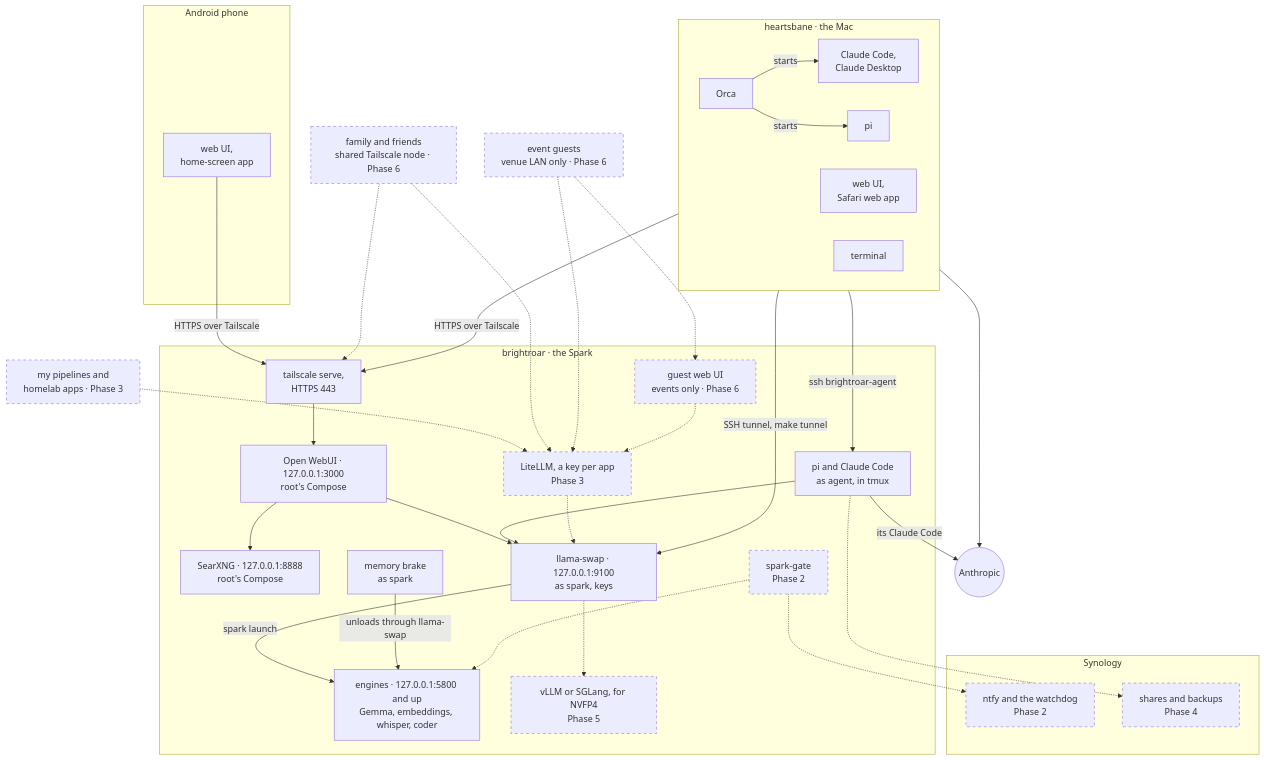
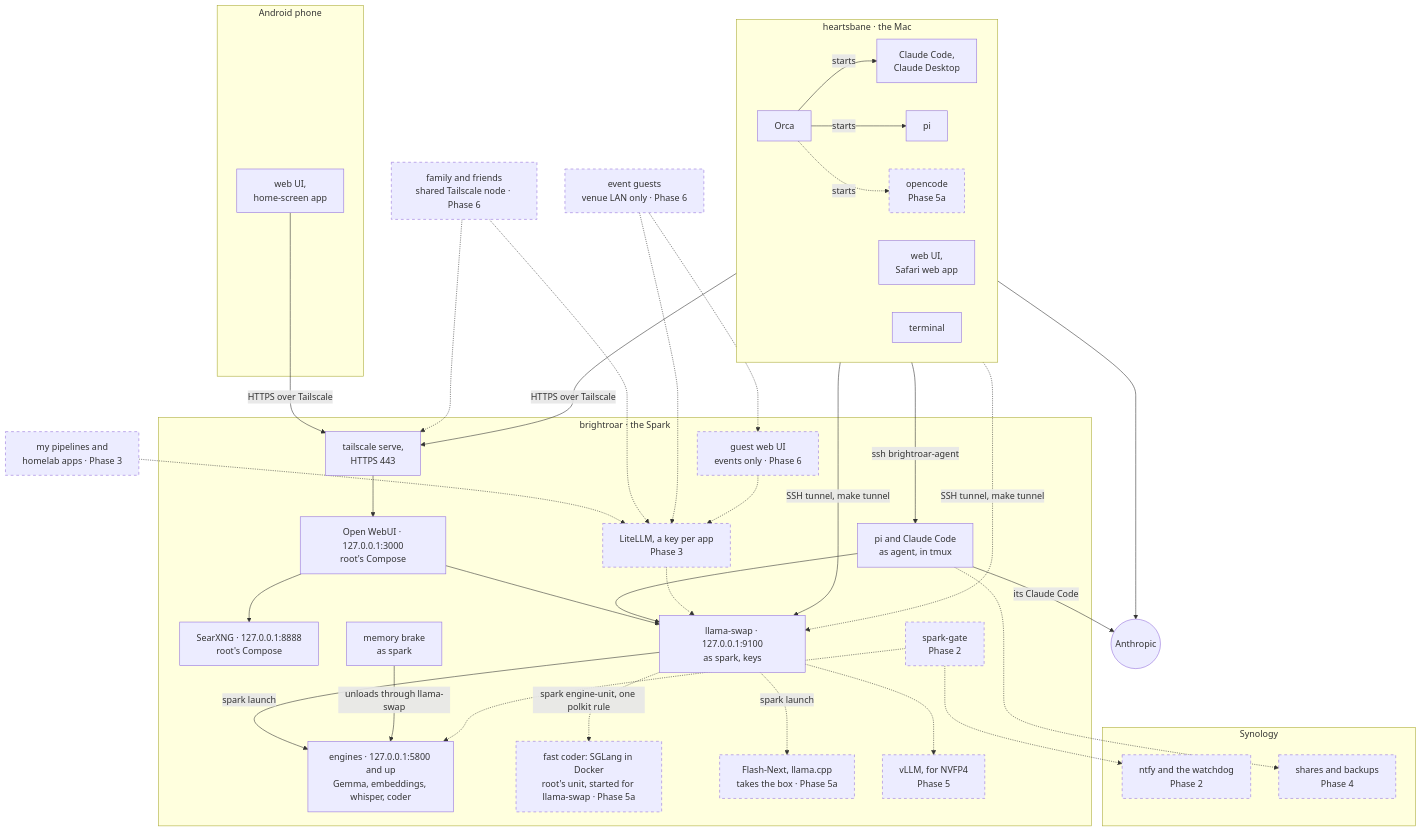
One commit to chendaniely/local-ai changed the first of 4 diagrams in website/architecture.qmd. Above: the diagram before and after it, drawn with Mermaid. The commit also changed other lines of this file and 10 other files, not shown here.

````diff
--- a/website/architecture.qmd
+++ b/website/architecture.qmd
@@ -17,67 +17,74 @@
 ```{mermaid}
 flowchart TB
   classDef planned stroke-dasharray: 5 5
 
   subgraph mac["heartsbane · the Mac"]
     direction LR
     orca["Orca"]
     claude_mac["Claude Code,<br/>Claude Desktop"]
     pi_mac["pi"]
+    oc_mac["opencode<br/>Phase 5a"]:::planned
     webapp["web UI,<br/>Safari web app"]
     term["terminal"]
   end
 
   subgraph phone["Android phone"]
     pwa["web UI,<br/>home-screen app"]
   end
 
   anthropic(("Anthropic"))
   apps["my pipelines and<br/>homelab apps · Phase 3"]:::planned
   family["family and friends<br/>shared Tailscale node · Phase 6"]:::planned
   guests["event guests<br/>venue LAN only · Phase 6"]:::planned
 
   subgraph spark["brightroar · the Spark"]
     tss["tailscale serve,<br/>HTTPS 443"]
     guestui["guest web UI<br/>events only · Phase 6"]:::planned
     owui["Open WebUI · 127.0.0.1:3000<br/>root's Compose"]
     searx["SearXNG · 127.0.0.1:8888<br/>root's Compose"]
     agent_tmux["pi and Claude Code<br/>as agent, in tmux"]
     litellm["LiteLLM, a key per app<br/>Phase 3"]:::planned
     swap["llama-swap · 127.0.0.1:9100<br/>as spark, keys"]
     gate["spark-gate<br/>Phase 2"]:::planned
     brake["memory brake<br/>as spark"]
     engines["engines · 127.0.0.1:5800 and up<br/>Gemma, embeddings, whisper, coder"]
-    vllm["vLLM or SGLang, for NVFP4<br/>Phase 5"]:::planned
+    sglang["fast coder: SGLang in Docker<br/>root's unit, started for llama-swap · Phase 5a"]:::planned
+    flash["Flash-Next, llama.cpp<br/>takes the box · Phase 5a"]:::planned
+    vllm["vLLM, for NVFP4<br/>Phase 5"]:::planned
   end
 
   subgraph nas["Synology"]
     ntfy["ntfy and the watchdog<br/>Phase 2"]:::planned
     shares["shares and backups<br/>Phase 4"]:::planned
   end
 
   orca -- starts --> claude_mac
   orca -- starts --> pi_mac
+  orca -. starts .-> oc_mac
   claude_mac --> anthropic
   webapp -- "HTTPS over Tailscale" --> tss
   pwa -- "HTTPS over Tailscale" --> tss
   pi_mac -- "SSH tunnel, make tunnel" --> swap
+  oc_mac -. "SSH tunnel, make tunnel" .-> swap
   term -- "ssh brightroar-agent" --> agent_tmux
   tss --> owui
   owui --> searx
   owui --> swap
   agent_tmux --> swap
   agent_tmux -- "its Claude Code" --> anthropic
   apps -.-> litellm
   family -.-> tss
   family -.-> litellm
   guests -.-> guestui
   guests -.-> litellm
   guestui -.-> litellm
   litellm -.-> swap
   swap -- "spark launch" --> engines
+  swap -. "spark engine-unit, one polkit rule" .-> sglang
+  swap -. "spark launch" .-> flash
   swap -.-> vllm
   brake -- "unloads through llama-swap" --> engines
   gate -.-> engines
   gate -.-> ntfy
   agent_tmux -.-> shares
 ```
````
